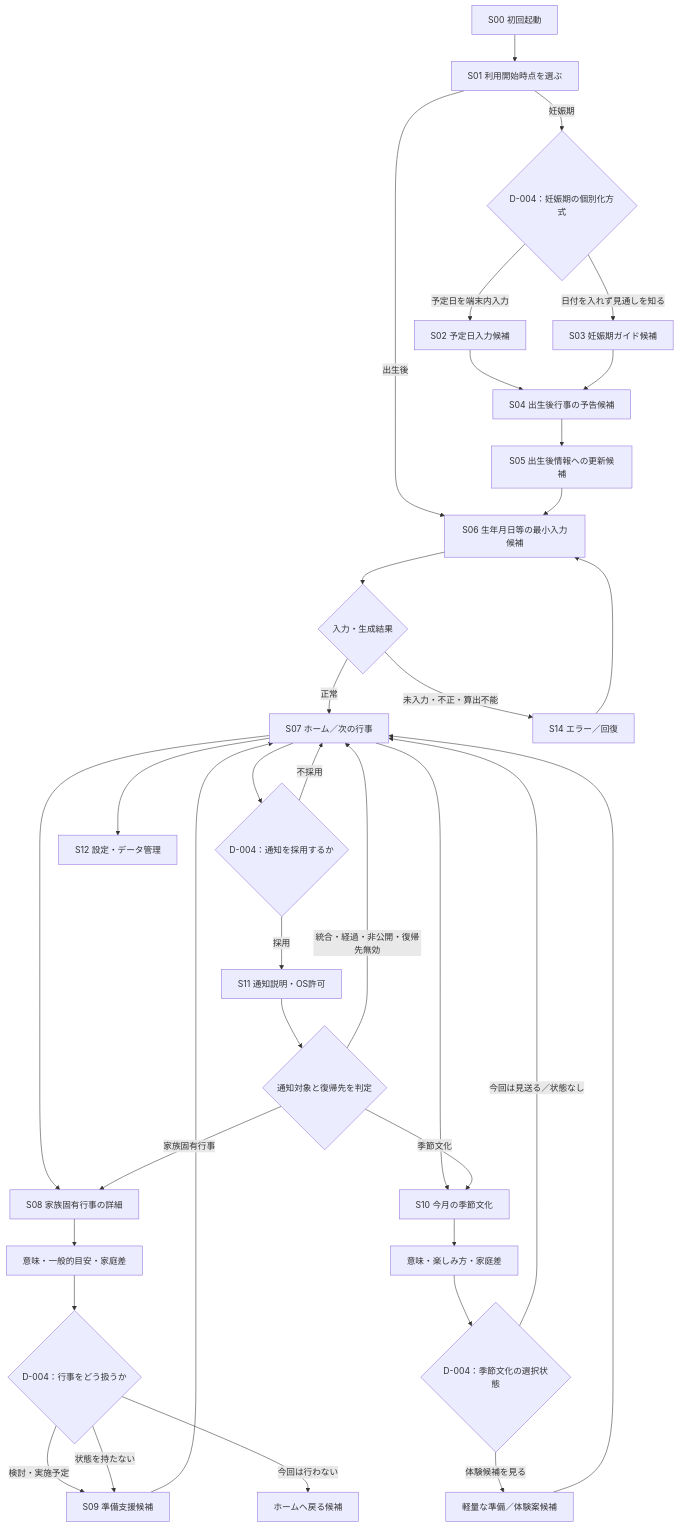
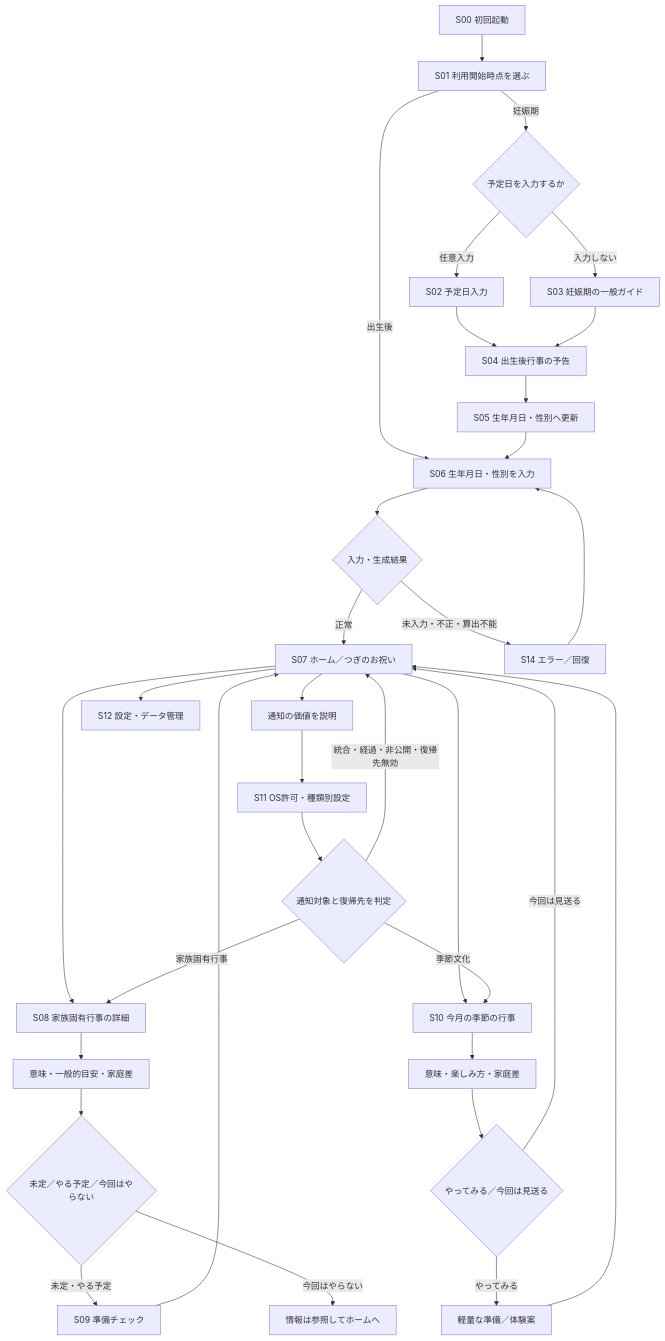
The diagram in docs/workstreams/product/mlp-experience-map.md (ryo-chan-k6/gyoji-cho-lp), drawn with Mermaid before and after one commit. The commit also changed other lines of this file and 4 other files, not shown here.

````diff
--- a/docs/workstreams/product/mlp-experience-map.md
+++ b/docs/workstreams/product/mlp-experience-map.md
@@ -35,37 +35,35 @@
 ```mermaid
 flowchart TD
     A["S00 初回起動"] --> B["S01 利用開始時点を選ぶ"]
-    B -->|"妊娠期"| C{"D-004：妊娠期の個別化方式"}
-    C -->|"予定日を端末内入力"| D["S02 予定日入力候補"]
-    C -->|"日付を入れず見通しを知る"| E["S03 妊娠期ガイド候補"]
-    D --> F["S04 出生後行事の予告候補"]
+    B -->|"妊娠期"| C{"予定日を入力するか"}
+    C -->|"任意入力"| D["S02 予定日入力"]
+    C -->|"入力しない"| E["S03 妊娠期の一般ガイド"]
+    D --> F["S04 出生後行事の予告"]
     E --> F
-    F --> G["S05 出生後情報への更新候補"]
-    B -->|"出生後"| H["S06 生年月日等の最小入力候補"]
+    F --> G["S05 生年月日・性別へ更新"]
+    B -->|"出生後"| H["S06 生年月日・性別を入力"]
     G --> H
     H --> I{"入力・生成結果"}
-    I -->|"正常"| J["S07 ホーム／次の行事"]
+    I -->|"正常"| J["S07 ホーム／つぎのお祝い"]
     I -->|"未入力・不正・算出不能"| K["S14 エラー／回復"]
     K --> H
     J --> L["S08 家族固有行事の詳細"]
     L --> M["意味・一般的目安・家庭差"]
-    M --> N{"D-004：行事をどう扱うか"}
-    N -->|"検討・実施予定"| O["S09 準備支援候補"]
-    N -->|"今回は行わない"| P["ホームへ戻る候補"]
-    N -->|"状態を持たない"| O
+    M --> N{"未定／やる予定／今回はやらない"}
+    N -->|"未定・やる予定"| O["S09 準備チェック"]
+    N -->|"今回はやらない"| P["情報は参照してホームへ"]
     O --> J
-    J --> Q["S10 今月の季節文化"]
+    J --> Q["S10 今月の季節の行事"]
     Q --> R["意味・楽しみ方・家庭差"]
-    R --> S{"D-004：季節文化の選択状態"}
-    S -->|"体験候補を見る"| T["軽量な準備／体験案候補"]
-    S -->|"今回は見送る／状態なし"| J
+    R --> S{"やってみる／今回は見送る"}
+    S -->|"やってみる"| T["軽量な準備／体験案"]
+    S -->|"今回は見送る"| J
     T --> J
-    J --> U{"D-004：通知を採用するか"}
-    U -->|"採用"| V["S11 通知説明・OS許可"]
+    J --> U["通知の価値を説明"]
+    U --> V["S11 OS許可・種類別設定"]
     V --> W{"通知対象と復帰先を判定"}
     W -->|"家族固有行事"| L
     W -->|"季節文化"| Q
     W -->|"統合・経過・非公開・復帰先無効"| J
-    U -->|"不採用"| J
     J --> X["S12 設定・データ管理"]
 ```
````
